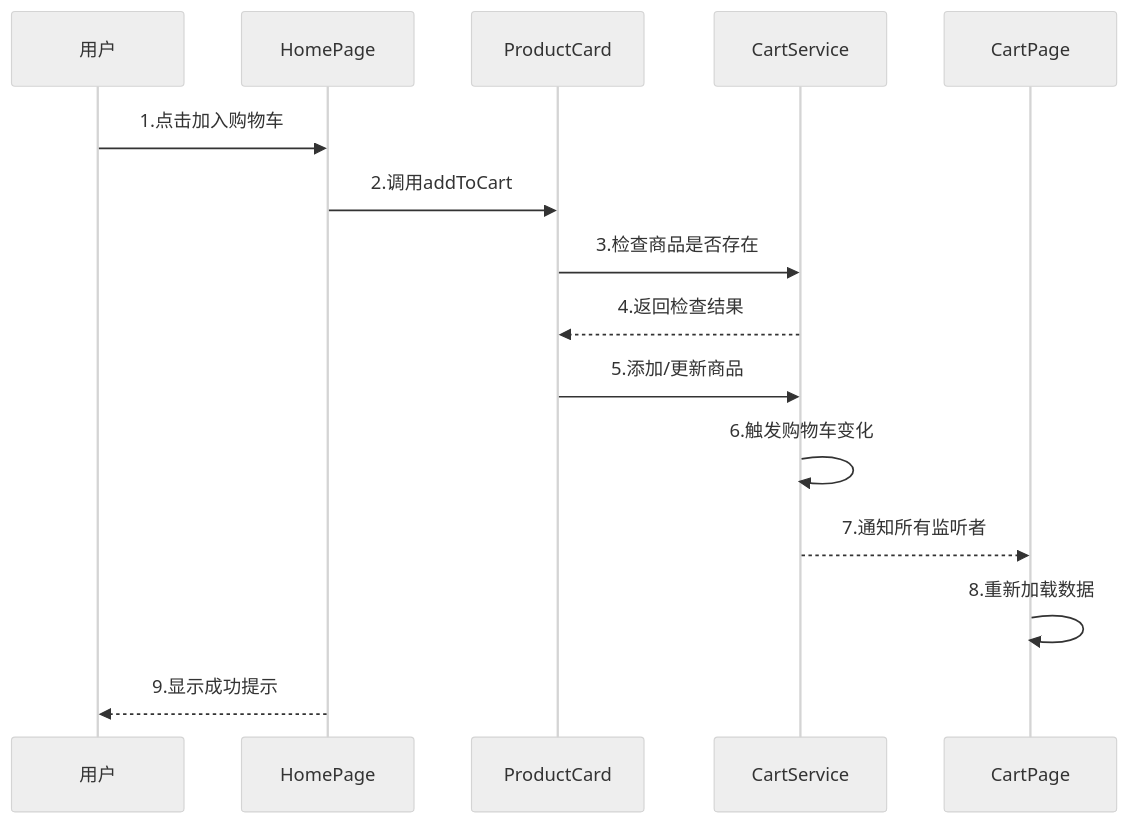
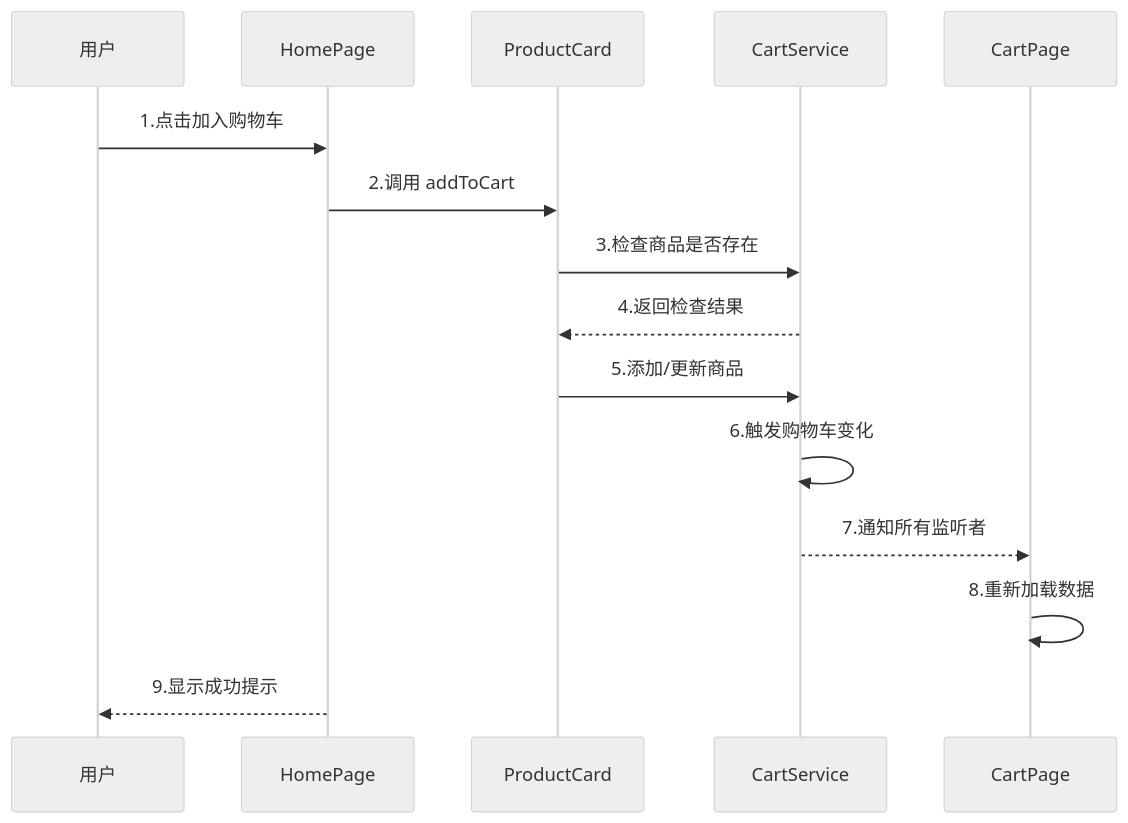
The fourth of 5 diagrams in docs/需求分析文档.md (youyeyejie/NIS3366_HarmonyOS_MyShoppingApp), drawn with Mermaid (neutral theme) before and after one commit. The commit also changed other lines of this file and 1 other file, not shown here.

````diff
--- a/docs/需求分析文档.md
+++ b/docs/需求分析文档.md
@@ -586,18 +528,18 @@
 ```mermaid
 sequenceDiagram
     participant 用户
     participant HomePage
     participant ProductCard
     participant CartService
     participant CartPage
-    
+
     用户->>HomePage: 1.点击加入购物车
-    HomePage->>ProductCard: 2.调用addToCart
+    HomePage->>ProductCard: 2.调用 addToCart
     ProductCard->>CartService: 3.检查商品是否存在
     CartService-->>ProductCard: 4.返回检查结果
     ProductCard->>CartService: 5.添加/更新商品
     CartService->>CartService: 6.触发购物车变化
     CartService-->>CartPage: 7.通知所有监听者
     CartPage->>CartPage: 8.重新加载数据
     HomePage-->>用户: 9.显示成功提示
 ```
````
